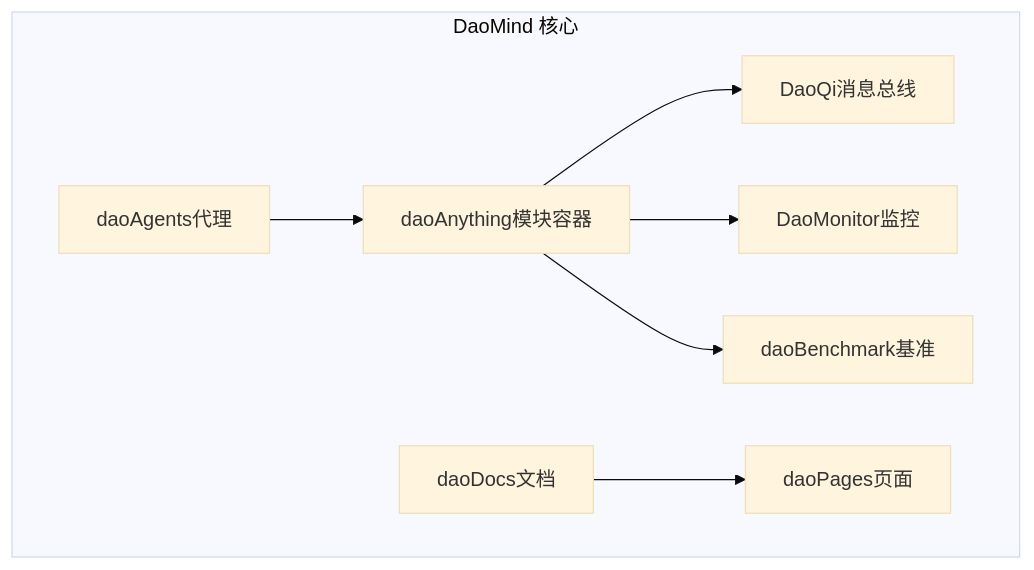
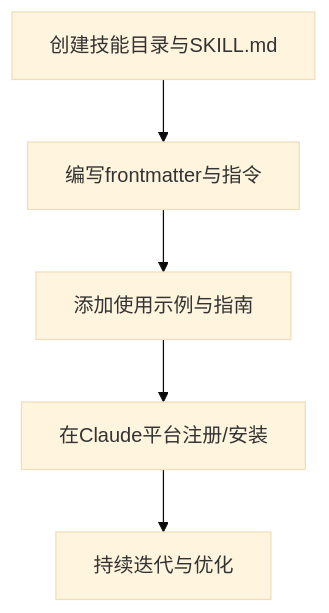
Before and after one commit to daoApps/daoApps: the fifth of 7 diagrams in .qoder/repowiki/zh/content/项目概述/项目概述.md, drawn with Mermaid (base theme). The commit also changed other lines of this file and 274 other files, not shown here.

````diff
--- a/.qoder/repowiki/zh/content/项目概述/项目概述.md
+++ b/.qoder/repowiki/zh/content/项目概述/项目概述.md
@@ -176,17 +224,7 @@
 ```mermaid
-graph TB
-subgraph "DaoMind 核心"
-Agents["daoAgents代理"]
-Anything["daoAnything模块容器"]
-Qi["DaoQi消息总线"]
-Monitor["DaoMonitor监控"]
-Benchmark["daoBenchmark基准"]
-Docs["daoDocs文档"]
-Pages["daoPages页面"]
-end
-Agents --> Anything
-Anything --> Qi
-Anything --> Monitor
-Anything --> Benchmark
-Docs --> Pages
+flowchart TD
+Create["创建技能目录与SKILL.md"] --> Define["编写frontmatter与指令"]
+Define --> Examples["添加使用示例与指南"]
+Examples --> Publish["在Claude平台注册/安装"]
+Publish --> Iterate["持续迭代与优化"]
 ```
````
